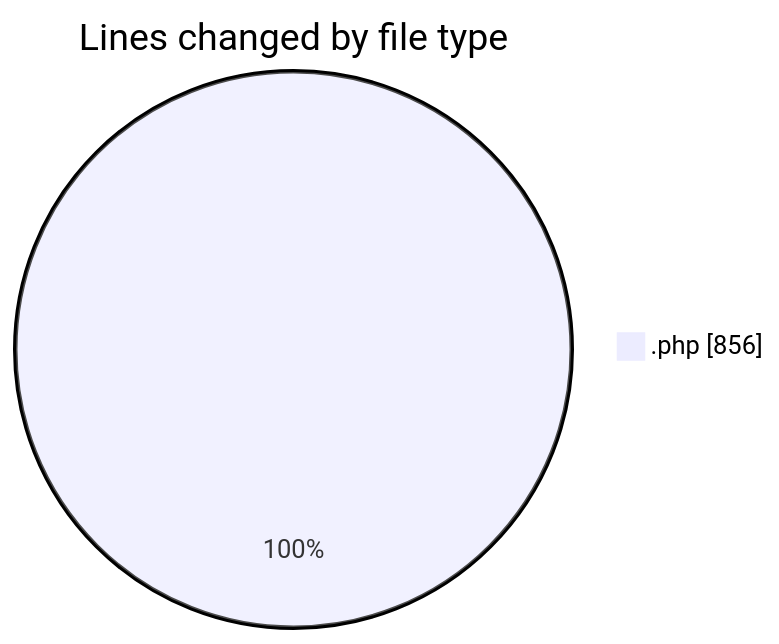
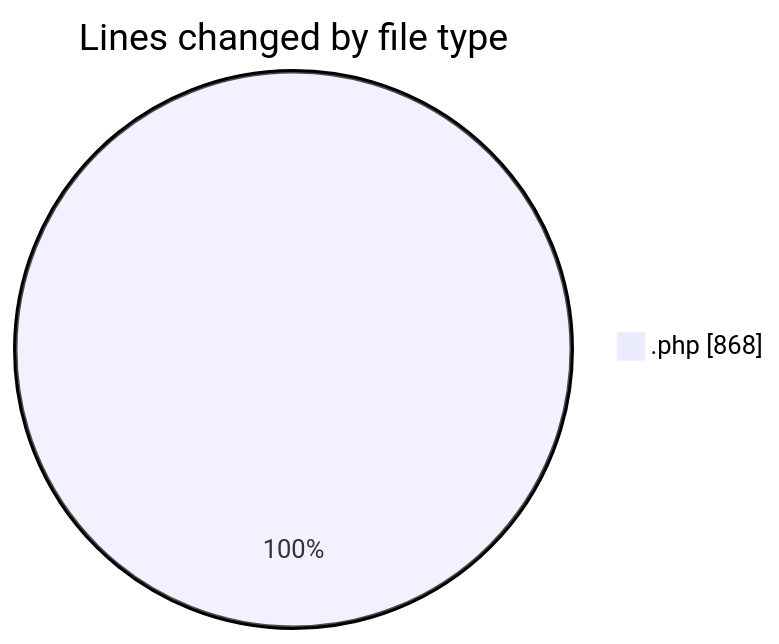
One commit to debugP/code-tracking changed the first of 2 diagrams in 2025-09-25/plugins/README.md. Above: the diagram before and after it, drawn with Mermaid. The commit also changed other lines of this file and 1 other file, not shown here.

````diff
--- a/2025-09-25/plugins/README.md
+++ b/2025-09-25/plugins/README.md
@@ -20,5 +20,5 @@
 ```mermaid
 pie showData
 title Lines changed by file type
-".php" : 856
+".php" : 868
 ```
````
